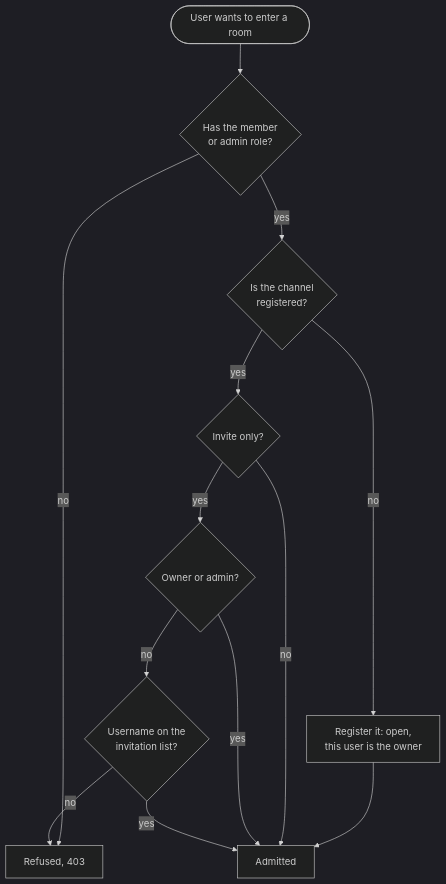
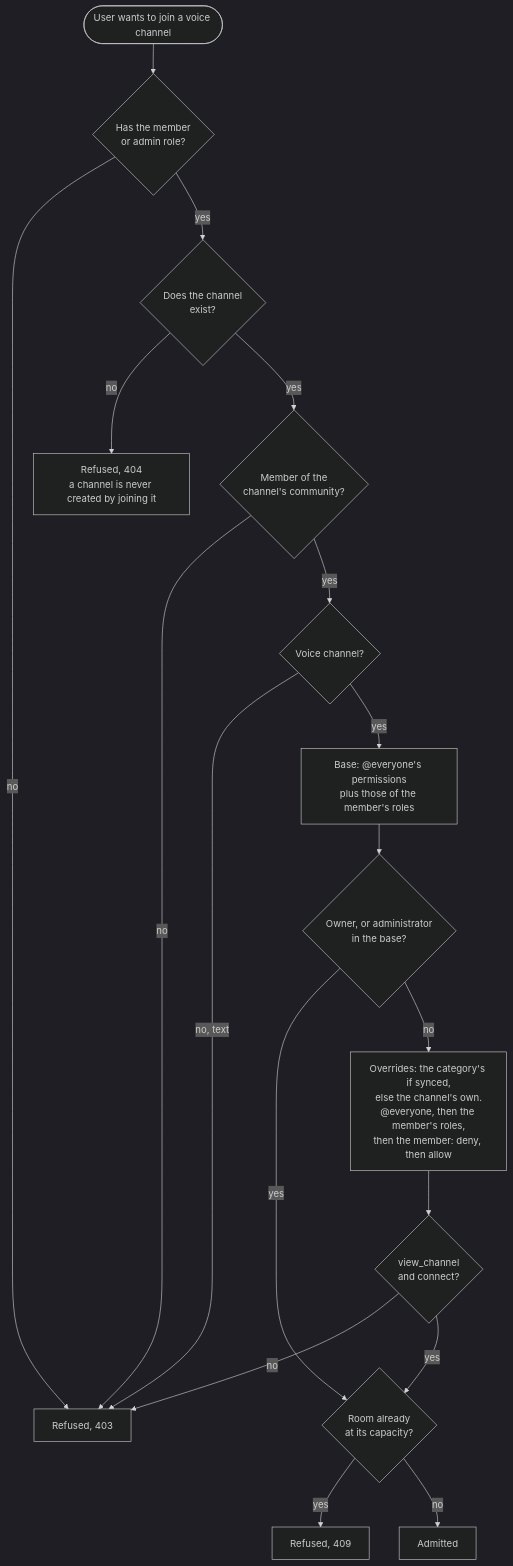
Diagram 11 of 18 in docs/architecture.md (Jonohas/melior), drawn with Mermaid (dark theme) before and after one commit. The commit also changed other lines of this file and 2 other files, not shown here.

Commit message:
Document communities, permissions and voice presence

````diff
--- a/docs/architecture.md
+++ b/docs/architecture.md
@@ -400,15 +446,20 @@
 ```mermaid
 flowchart TD
-    start(["User wants to enter a room"]) --> role{"Has the member<br/>or admin role?"}
+    start(["User wants to join a voice channel"]) --> role{"Has the member<br/>or admin role?"}
     role -- no --> refuse["Refused, 403"]
-    role -- yes --> registered{"Is the channel<br/>registered?"}
-    registered -- no --> register["Register it: open,<br/>this user is the owner"]
-    register --> admit["Admitted"]
-    registered -- yes --> restricted{"Invite only?"}
-    restricted -- no --> admit
-    restricted -- yes --> manages{"Owner or admin?"}
-    manages -- yes --> admit
-    manages -- no --> invited{"Username on the<br/>invitation list?"}
-    invited -- yes --> admit
-    invited -- no --> refuse
+    role -- yes --> exists{"Does the channel<br/>exist?"}
+    exists -- no --> unknown["Refused, 404<br/>a channel is never created by joining it"]
+    exists -- yes --> member{"Member of the<br/>channel's community?"}
+    member -- no --> refuse
+    member -- yes --> voice{"Voice channel?"}
+    voice -- "no, text" --> refuse
+    voice -- yes --> base["Base: @everyone's permissions<br/>plus those of the member's roles"]
+    base --> shortcut{"Owner, or administrator<br/>in the base?"}
+    shortcut -- yes --> full{"Room already<br/>at its capacity?"}
+    shortcut -- no --> overrides["Overrides: the category's if synced,<br/>else the channel's own.<br/>@everyone, then the member's roles,<br/>then the member: deny, then allow"]
+    overrides --> perms{"view_channel<br/>and connect?"}
+    perms -- no --> refuse
+    perms -- yes --> full
+    full -- yes --> conflict["Refused, 409"]
+    full -- no --> admit["Admitted"]
 ```
````
